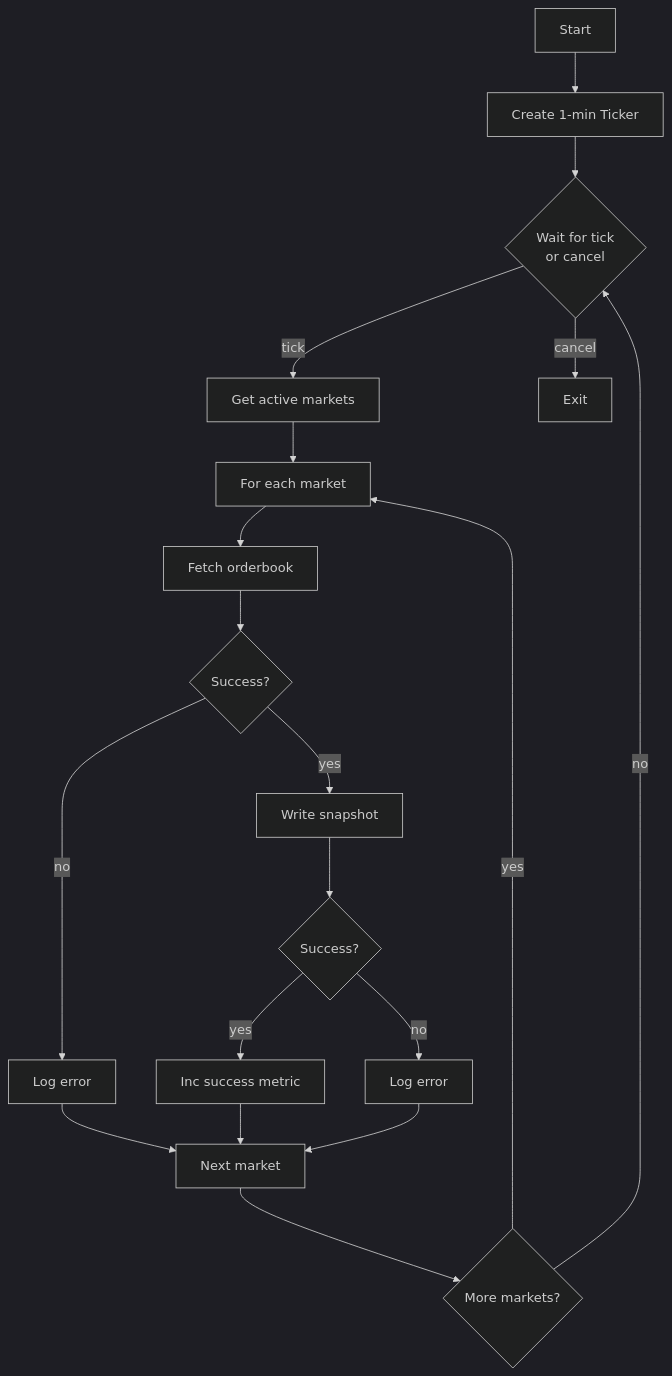
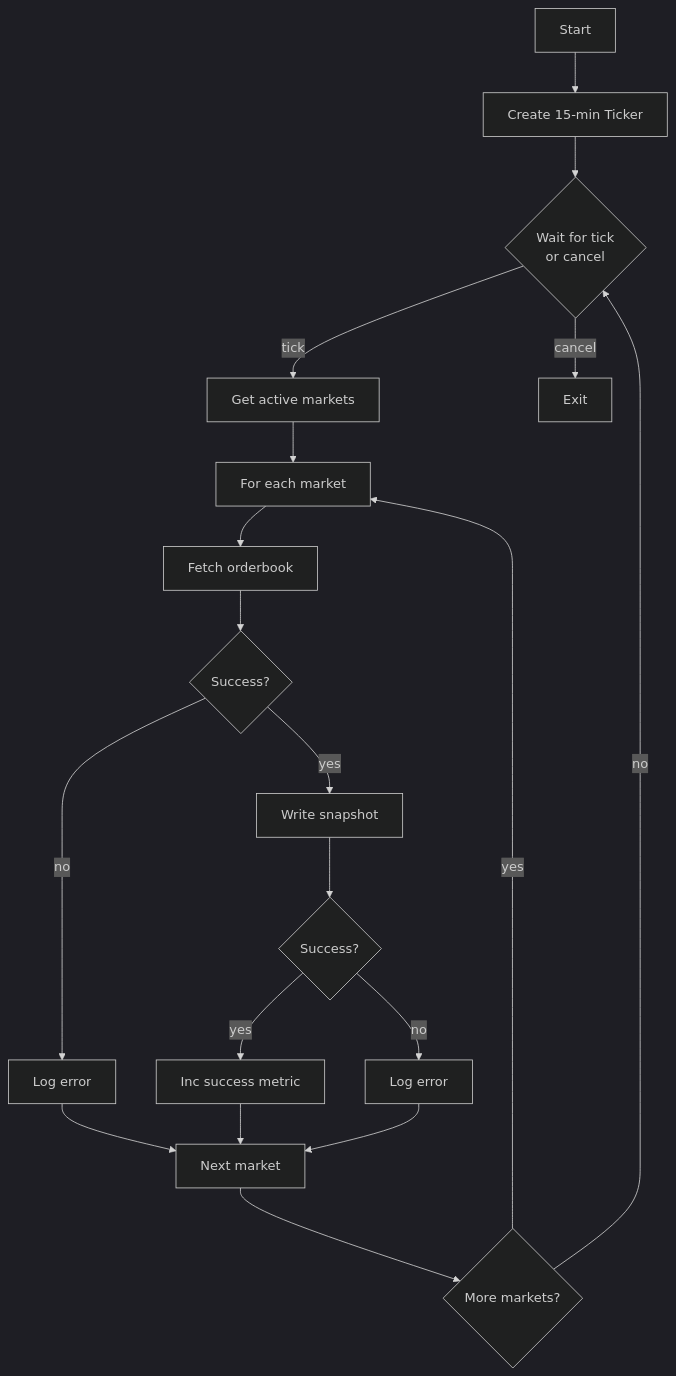
The diagram in docs/kalshi-data/snapshot-poller/behaviors.md (Projectsrxg/kalshi_v2), drawn with Mermaid (dark theme) before and after one commit. The commit also changed other lines of this file and 77 other files, not shown here.

````diff
--- a/docs/kalshi-data/snapshot-poller/behaviors.md
+++ b/docs/kalshi-data/snapshot-poller/behaviors.md
@@ -9,21 +9,21 @@
 ```mermaid
 flowchart TD
-    START[Start] --> TICKER[Create 1-min Ticker]
+    START[Start] --> TICKER[Create 15-min Ticker]
     TICKER --> WAIT{Wait for tick<br/>or cancel}
     WAIT -->|tick| MARKETS[Get active markets]
     WAIT -->|cancel| EXIT[Exit]
     MARKETS --> LOOP[For each market]
     LOOP --> FETCH[Fetch orderbook]
     FETCH --> CHECK{Success?}
     CHECK -->|yes| WRITE[Write snapshot]
     CHECK -->|no| LOG1[Log error]
     WRITE --> CHECK2{Success?}
     CHECK2 -->|yes| METRIC[Inc success metric]
     CHECK2 -->|no| LOG2[Log error]
     LOG1 --> NEXT[Next market]
     METRIC --> NEXT
     LOG2 --> NEXT
     NEXT --> MORE{More markets?}
     MORE -->|yes| LOOP
     MORE -->|no| WAIT
 ```
````
